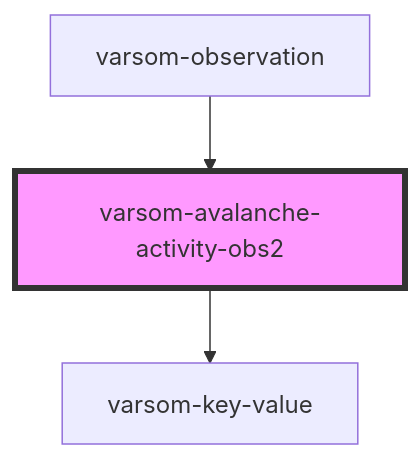
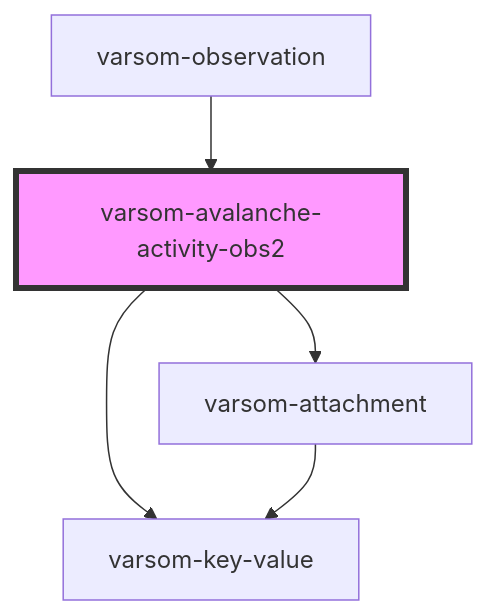
One commit to NVE/varsom-observation changed the diagram in observasjonskort/src/components/varsom-avalanche-activity-obs2/readme.md. Above: the diagram before and after it, drawn with Mermaid. The commit also changed other lines of this file and 34 other files, not shown here.

````diff
--- a/observasjonskort/src/components/varsom-avalanche-activity-obs2/readme.md
+++ b/observasjonskort/src/components/varsom-avalanche-activity-obs2/readme.md
@@ -46,6 +48,8 @@
 ```mermaid
 graph TD;
   varsom-avalanche-activity-obs2 --> varsom-key-value
+  varsom-avalanche-activity-obs2 --> varsom-attachment
+  varsom-attachment --> varsom-key-value
   varsom-observation --> varsom-avalanche-activity-obs2
   style varsom-avalanche-activity-obs2 fill:#f9f,stroke:#333,stroke-width:4px
 ```
````
